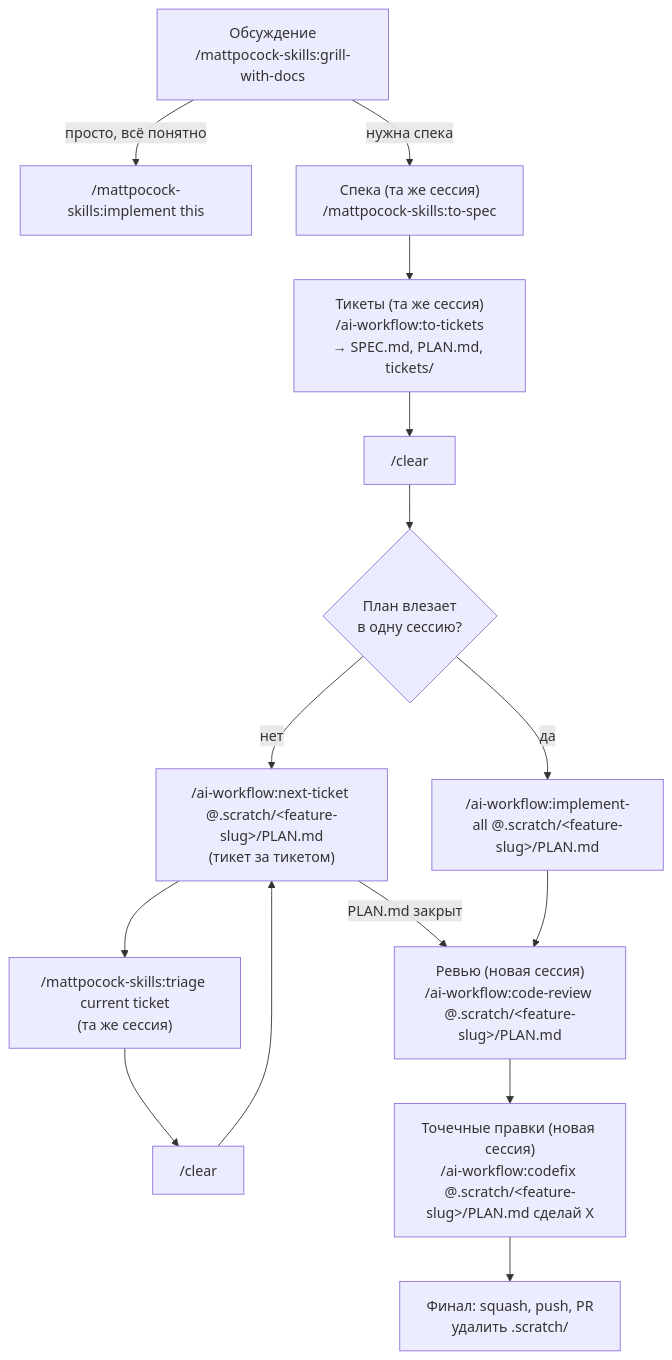
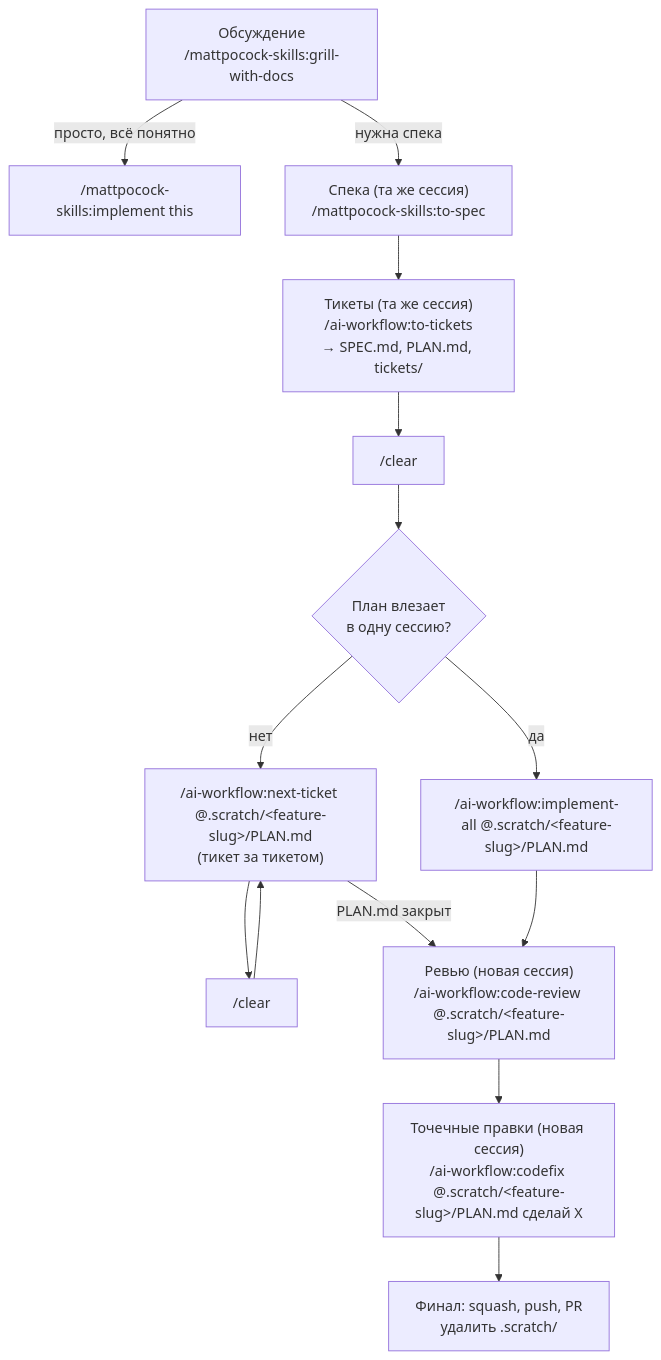
Before and after one commit to Whatislove118/AI-Workflow: the diagram in README.md, drawn with Mermaid. The commit also changed other lines of this file, not shown here.

````diff
--- a/README.md
+++ b/README.md
@@ -45,17 +45,16 @@
 ```mermaid
 flowchart TD
     A["Обсуждение\n/mattpocock-skills:grill-with-docs"]
     A -- "просто, всё понятно" --> B["/mattpocock-skills:implement this"]
     A -- "нужна спека" --> C["Спека (та же сессия)\n/mattpocock-skills:to-spec"]
     C --> D["Тикеты (та же сессия)\n/ai-workflow:to-tickets\n→ SPEC.md, PLAN.md, tickets/"]
     D --> E["/clear"]
     E --> F{"План влезает\nв одну сессию?"}
     F -- да --> G["/ai-workflow:implement-all @.scratch/#lt;feature-slug#gt;/PLAN.md"]
     F -- нет --> H["/ai-workflow:next-ticket @.scratch/#lt;feature-slug#gt;/PLAN.md\n(тикет за тикетом)"]
-    H --> T["/mattpocock-skills:triage current ticket\n(та же сессия)"]
-    T --> I["/clear"] --> H
+    H --> I["/clear"] --> H
     H -- "PLAN.md закрыт" --> J
     G --> J["Ревью (новая сессия)\n/ai-workflow:code-review @.scratch/#lt;feature-slug#gt;/PLAN.md"]
     J --> K["Точечные правки (новая сессия)\n/ai-workflow:codefix @.scratch/#lt;feature-slug#gt;/PLAN.md сделай X"]
     K --> L["Финал: squash, push, PR\nудалить .scratch/"]
 ```
````
